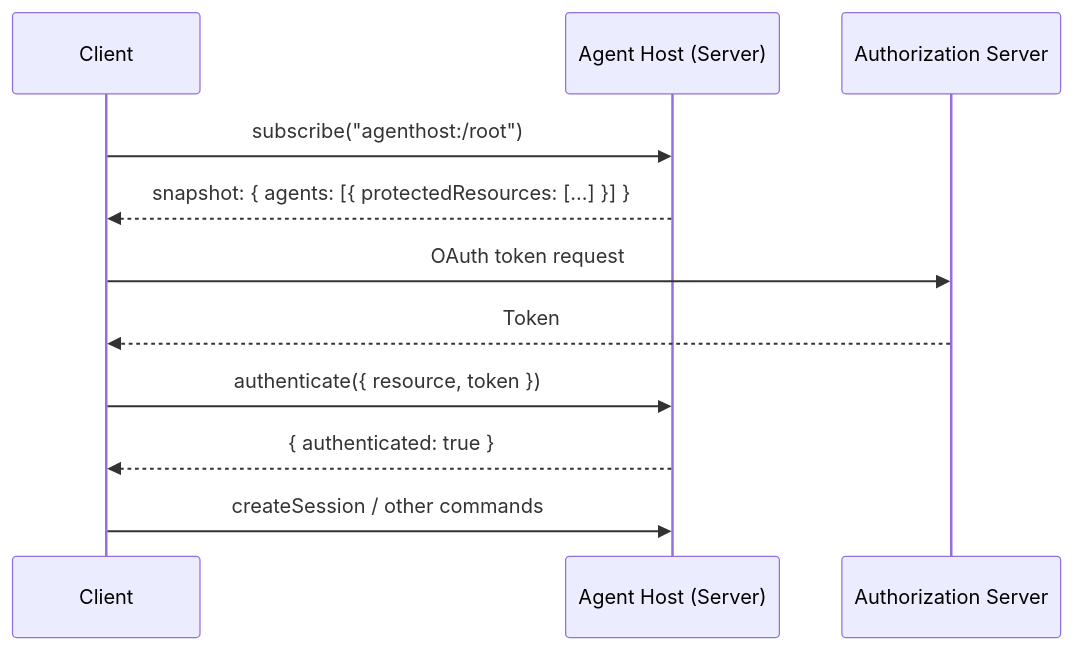
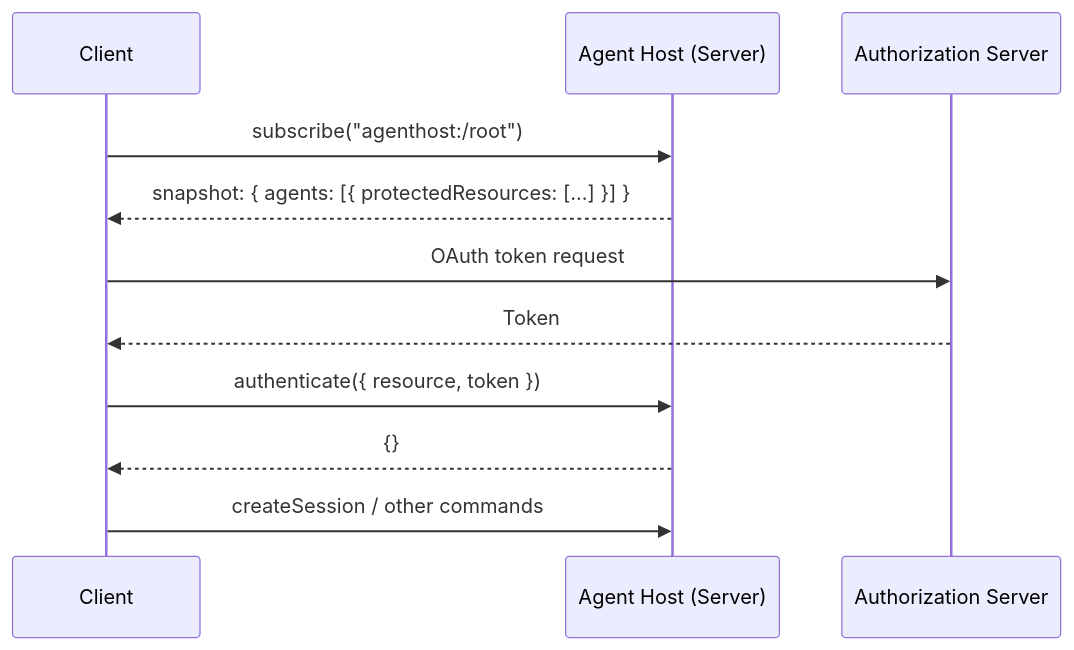
The diagram in docs/specification/authentication.md (Qusic/agent-host-protocol), drawn with Mermaid before and after one commit. The commit also changed other lines of this file and 4 other files, not shown here.

````diff
--- a/docs/specification/authentication.md
+++ b/docs/specification/authentication.md
@@ -9,17 +9,17 @@
 ```mermaid
 sequenceDiagram
     participant C as Client
     participant S as Agent Host (Server)
     participant AS as Authorization Server
 
     C->>S: subscribe("agenthost:/root")
     S-->>C: snapshot: { agents: [{ protectedResources: [...] }] }
 
     C->>AS: OAuth token request
     AS-->>C: Token
 
     C->>S: authenticate({ resource, token })
-    S-->>C: { authenticated: true }
+    S-->>C: {}
 
     C->>S: createSession / other commands
 ```
````
